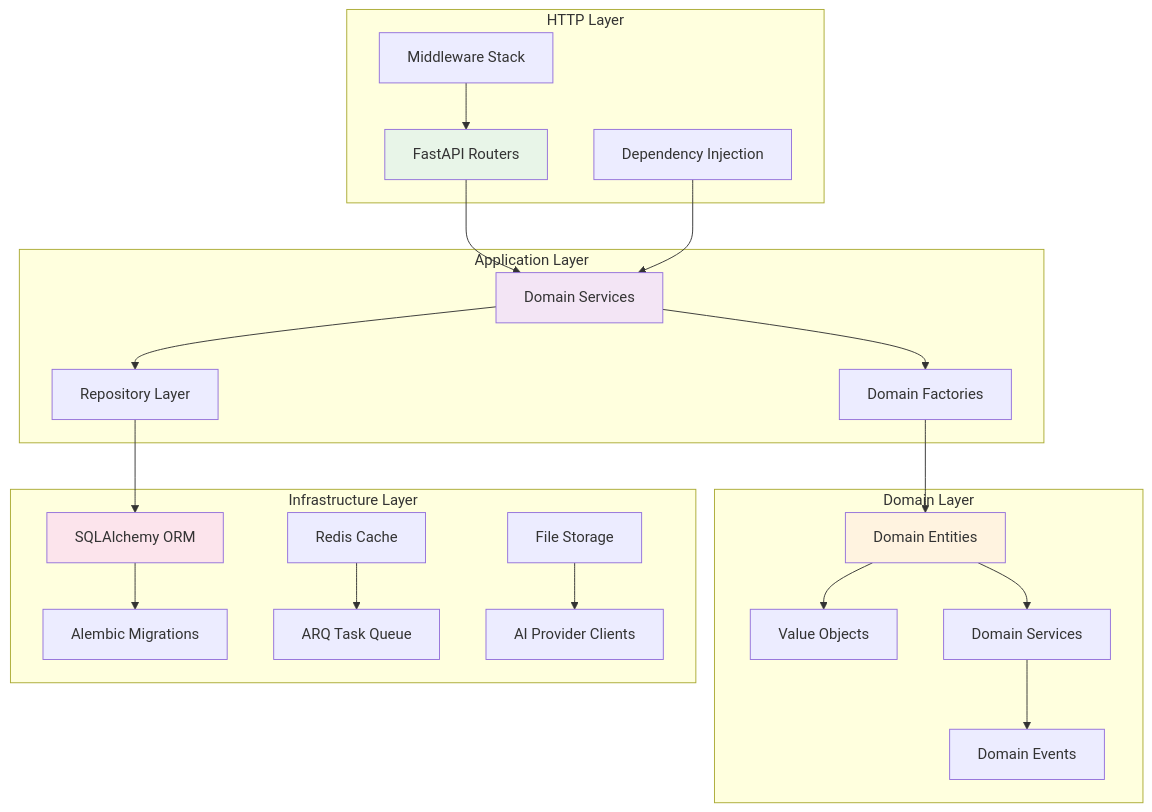
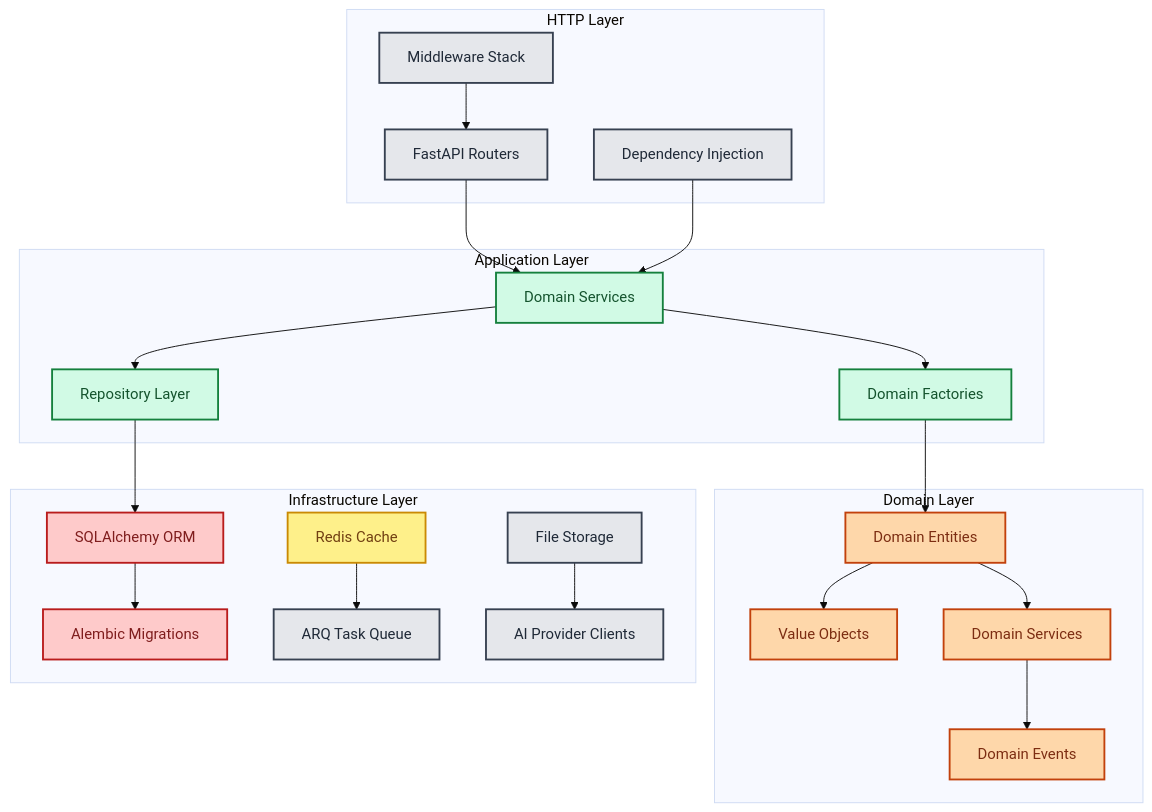
One commit to eneo-ai/eneo changed the fourth of 7 diagrams in docs/ARCHITECTURE.md. Above: the diagram before and after it, drawn with Mermaid. The commit also changed other lines of this file, not shown here.

````diff
--- a/docs/ARCHITECTURE.md
+++ b/docs/ARCHITECTURE.md
@@ -236,52 +265,61 @@
 ```mermaid
+%%{init: {'theme': 'base'}}%%
 graph TB
+    classDef infra fill:#e5e7eb,stroke:#374151,stroke-width:2px,color:#1f2937
+    classDef appLogic fill:#d1fae5,stroke:#15803d,stroke-width:2px,color:#14532d
+    classDef domain fill:#fed7aa,stroke:#c2410c,stroke-width:2px,color:#7c2d12
+    classDef dataStore fill:#fecaca,stroke:#b91c1c,stroke-width:2px,color:#7f1d1d
+    classDef caching fill:#fef08a,stroke:#ca8a04,stroke-width:2px,color:#713f12
+
     subgraph "HTTP Layer"
         ROUTES[FastAPI Routers]
         MIDDLEWARE[Middleware Stack]
         DEPS[Dependency Injection]
     end
-    
+
     subgraph "Application Layer"
         SERVICES[Domain Services]
         FACTORIES[Domain Factories]
         REPOS[Repository Layer]
     end
-    
+
     subgraph "Domain Layer"
         ENTITIES[Domain Entities]
         VALUE_OBJECTS[Value Objects]
         DOMAIN_SERVICES[Domain Services]
         EVENTS[Domain Events]
     end
-    
+
     subgraph "Infrastructure Layer"
         ORM[SQLAlchemy ORM]
         MIGRATIONS[Alembic Migrations]
         CACHE[Redis Cache]
         QUEUE[ARQ Task Queue]
         STORAGE[File Storage]
         AI_CLIENTS[AI Provider Clients]
     end
-    
+
     ROUTES --> SERVICES
     MIDDLEWARE --> ROUTES
     DEPS --> SERVICES
-    
+
     SERVICES --> FACTORIES
     SERVICES --> REPOS
     FACTORIES --> ENTITIES
     REPOS --> ORM
-    
+
     ENTITIES --> VALUE_OBJECTS
     ENTITIES --> DOMAIN_SERVICES
     DOMAIN_SERVICES --> EVENTS
-    
+
     ORM --> MIGRATIONS
     CACHE --> QUEUE
     STORAGE --> AI_CLIENTS
-    
-    style ROUTES fill:#e8f5e8
-    style SERVICES fill:#f3e5f5
-    style ENTITIES fill:#fff3e0
-    style ORM fill:#fce4ec
+
+    class ROUTES,MIDDLEWARE,DEPS infra
+    class SERVICES,FACTORIES,REPOS appLogic
+    class ENTITIES,VALUE_OBJECTS,DOMAIN_SERVICES,EVENTS domain
+    class ORM,MIGRATIONS dataStore
+    class CACHE caching
+    class QUEUE,STORAGE,AI_CLIENTS infra
 ```
````
